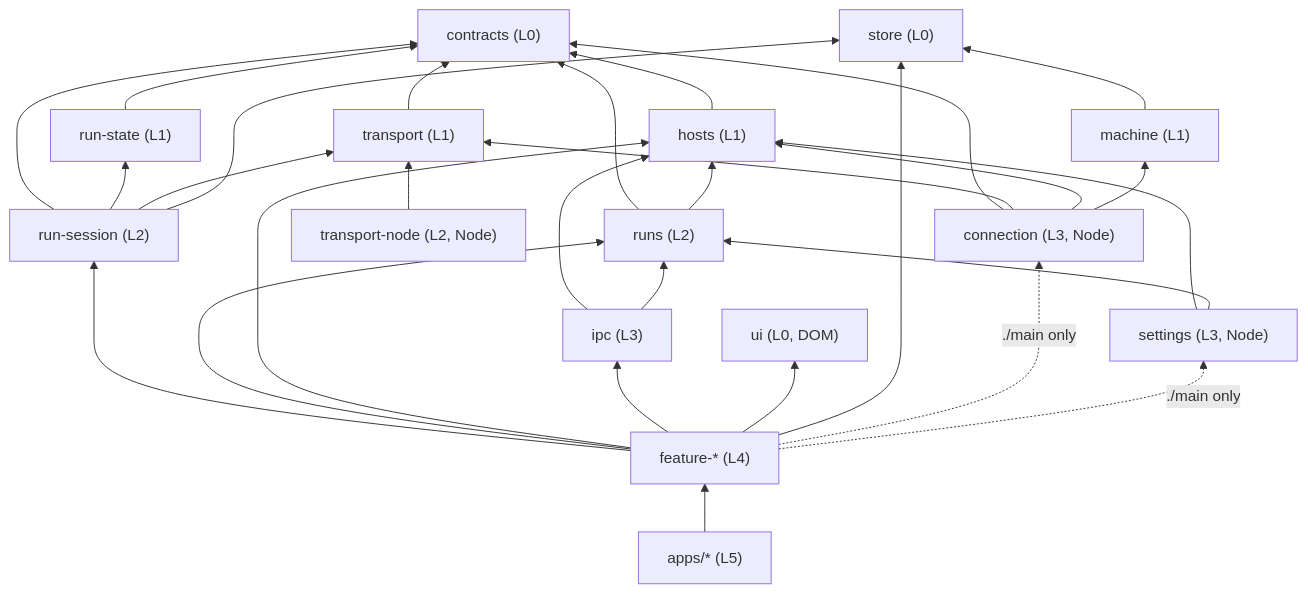
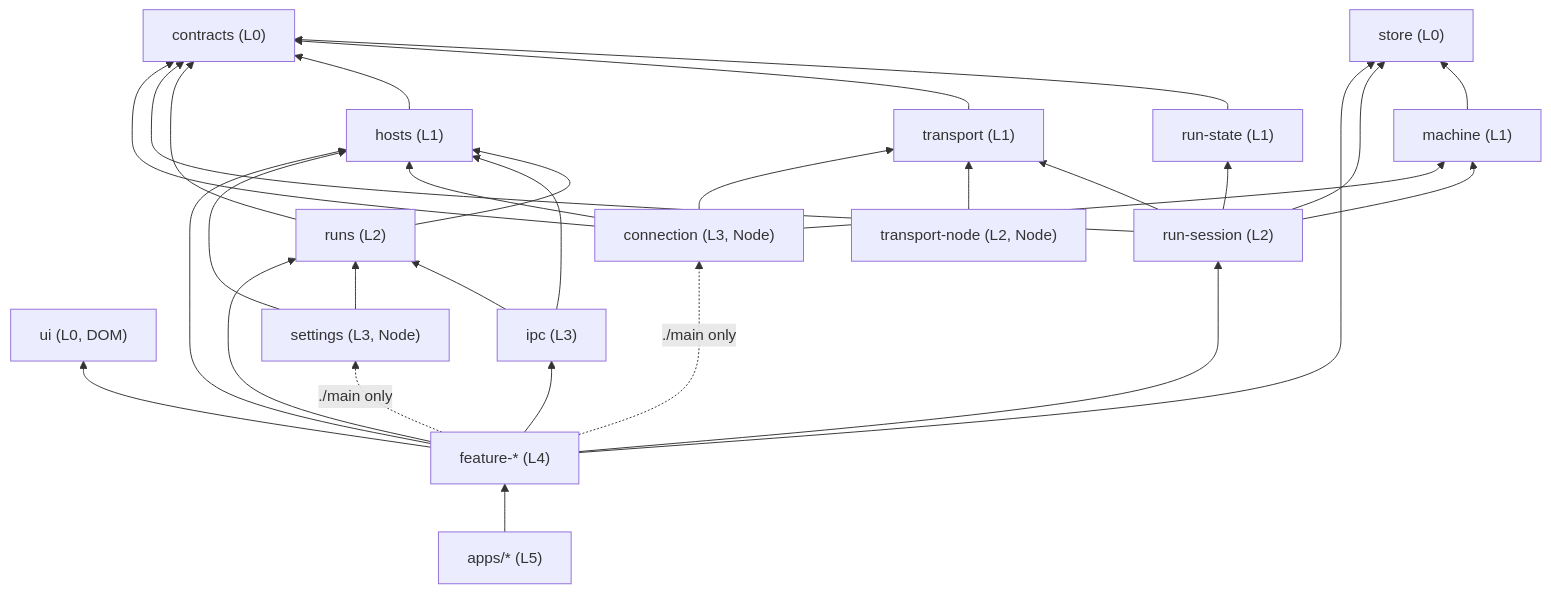
Before and after one commit to 6Mikao9/vibesys: the diagram in docs/contributing/clients-architecture.md, drawn with Mermaid. The commit also changed other lines of this file and 15 other files, not shown here.

First line of the commit message:
refactor(clients): run-session's session lifecycle as an XState machine (#2071)

````diff
--- a/docs/contributing/clients-architecture.md
+++ b/docs/contributing/clients-architecture.md
@@ -70,19 +70,19 @@
 ```mermaid
 flowchart BT
   contracts["contracts (L0)"]
   ui["ui (L0, DOM)"]
   store["store (L0)"]
   run-state["run-state (L1)"] --> contracts
   transport["transport (L1)"] --> contracts
   hosts["hosts (L1)"] --> contracts
   runs["runs (L2)"] --> contracts & hosts
   machine["machine (L1)"] --> store
-  run-session["run-session (L2)"] --> contracts & run-state & transport & store
+  run-session["run-session (L2)"] --> contracts & run-state & transport & store & machine
   transport-node["transport-node (L2, Node)"] --> transport
   ipc["ipc (L3)"] --> hosts & runs
   connection["connection (L3, Node)"] --> contracts & transport & hosts & machine
   settings["settings (L3, Node)"] --> hosts & runs
   features["feature-* (L4)"] --> run-session & runs & hosts & ipc & ui & store
   features -. "./main only" .-> connection & settings
   apps["apps/* (L5)"] --> features
 ```
````
